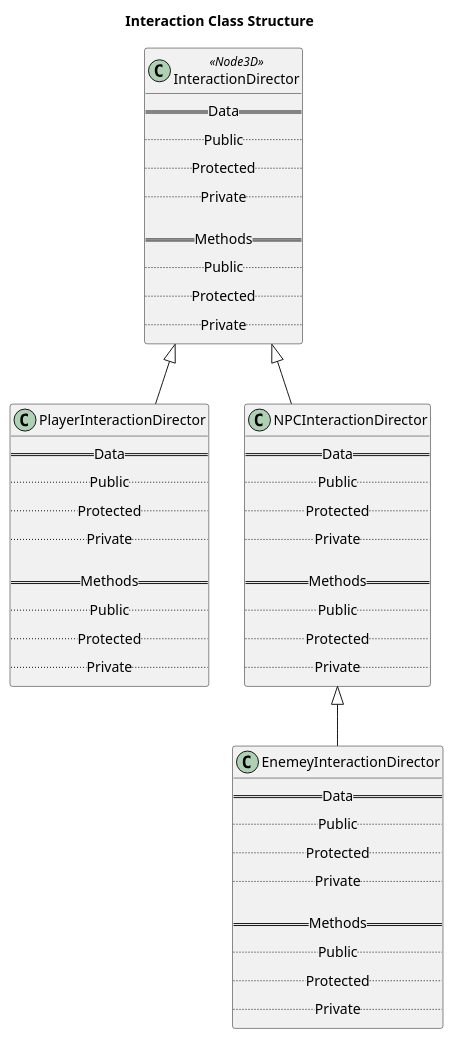
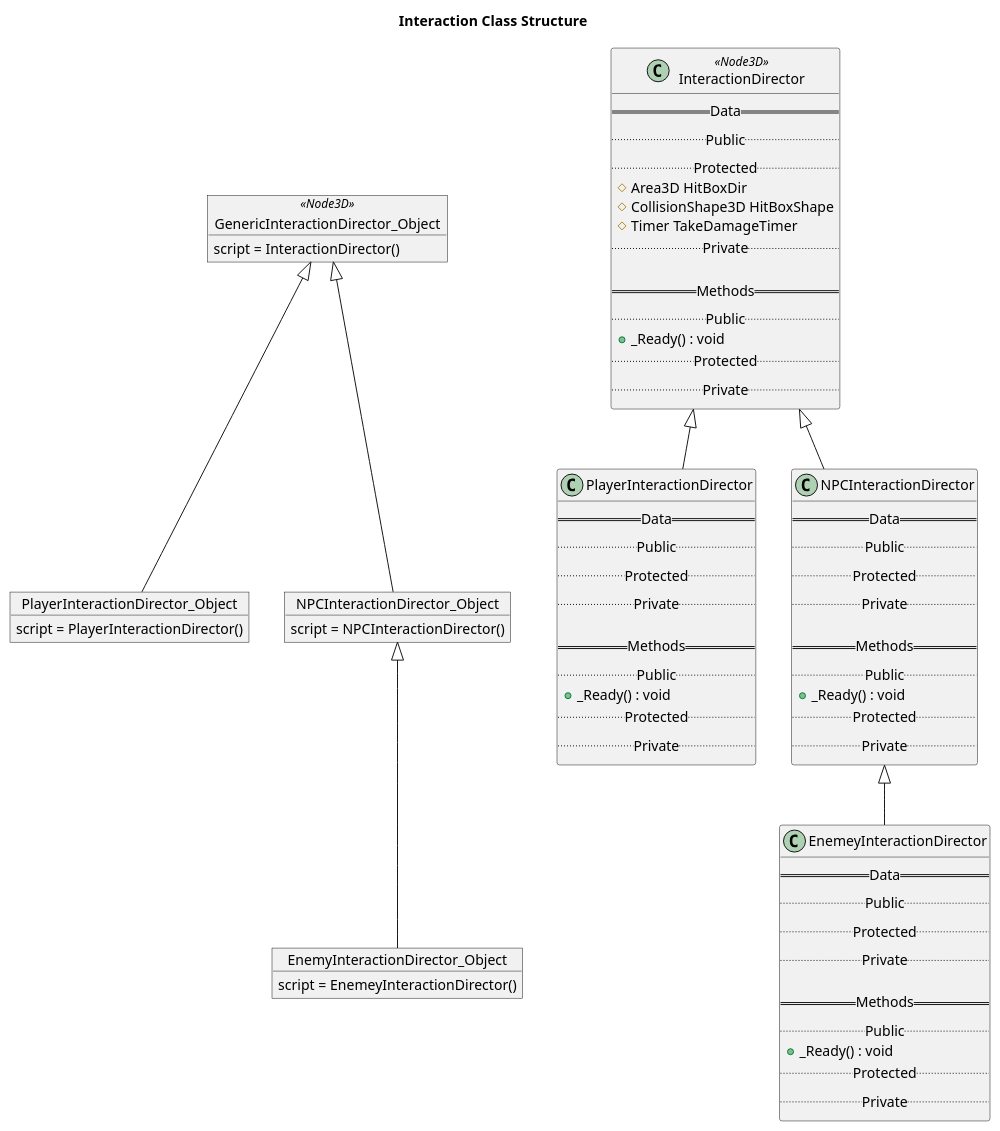
The diagram in UML-Diagrams/src/Interaction_Class_Struct.puml (kjtkanaly/Roguelike-Shoot-Em-Up), drawn with PlantUML before and after one commit. The commit also changed 10 other files, not shown here.

Commit message:
Working on overhauling the interactions systems and classes. Added diagrams to help illustrate these overhauls

```diff
--- a/UML-Diagrams/src/Interaction_Class_Struct.puml
+++ b/UML-Diagrams/src/Interaction_Class_Struct.puml
@@ -1,60 +1,88 @@
 @startuml Interaction Class Structure
 
 title Interaction Class Structure
+
+' Interaction Objects
+object GenericInteractionDirector_Object <<Node3D>> {
+    script = InteractionDirector()
+}
+
+object PlayerInteractionDirector_Object {
+    script = PlayerInteractionDirector()
+}
+
+object NPCInteractionDirector_Object {
+    script = NPCInteractionDirector()
+}
+
+object EnemyInteractionDirector_Object {
+    script = EnemeyInteractionDirector()
+}
+
+GenericInteractionDirector_Object <|-- PlayerInteractionDirector_Object
+GenericInteractionDirector_Object <|-- NPCInteractionDirector_Object
+NPCInteractionDirector_Object <|-- EnemyInteractionDirector_Object
 
 ' Method Classes
 class InteractionDirector <<Node3D>>{
     == Data ==
     .. Public ..
     .. Protected ..
+    # Area3D HitBoxDir
+    # CollisionShape3D HitBoxShape
+    # Timer TakeDamageTimer
     .. Private ..
 
     == Methods ==
     .. Public ..
+    + _Ready() : void
     .. Protected ..
     .. Private ..
 }
 
 class PlayerInteractionDirector {
     == Data ==
     .. Public ..
     .. Protected ..
     .. Private ..
 
     == Methods ==
     .. Public ..
+    + _Ready() : void
     .. Protected ..
     .. Private ..
 }
 
 class NPCInteractionDirector {
     == Data ==
     .. Public ..
     .. Protected ..
     .. Private ..
 
     == Methods ==
     .. Public ..
+    + _Ready() : void
     .. Protected ..
     .. Private ..
 }
 
 class EnemeyInteractionDirector {
     == Data ==
     .. Public ..
     .. Protected ..
     .. Private ..
 
     == Methods ==
     .. Public ..
+    + _Ready() : void
     .. Protected ..
     .. Private ..
 }
 
 InteractionDirector <|-- PlayerInteractionDirector
 InteractionDirector <|-- NPCInteractionDirector
 NPCInteractionDirector <|-- EnemeyInteractionDirector
 
 ' Resource Classes
 
 @enduml
```
